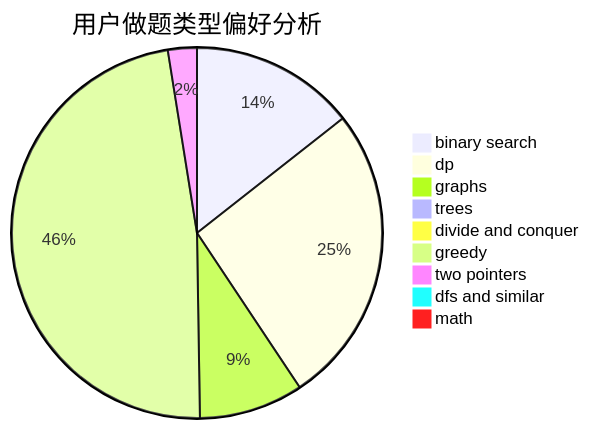
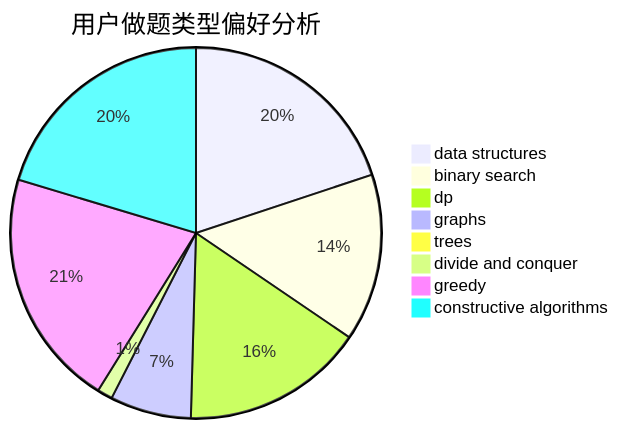
The second of 3 diagrams in docs/user/u653.md (sherpahu/cfrs.github.io), drawn with Mermaid before and after one commit. The commit also changed other lines of this file and 2775 other files, not shown here.

````diff
--- a/docs/user/u653.md
+++ b/docs/user/u653.md
@@ -23,12 +23,11 @@
 ```mermaid
 pie title 用户做题类型偏好分析
-    "binary search" :  57
-    "dp" :  104
-    "graphs" :  36
-    "trees" :  4
+    "data structures" :  45
+    "binary search" :  33
+    "dp" :  36
+    "graphs" :  16
+    "trees" :  2
     "divide and conquer" :  3
-    "greedy" :  189
-    "two pointers" :  10
-    "dfs and similar" :  3
-    "math" :  3
+    "greedy" :  47
+    "constructive algorithms" :  46
 ```
````
